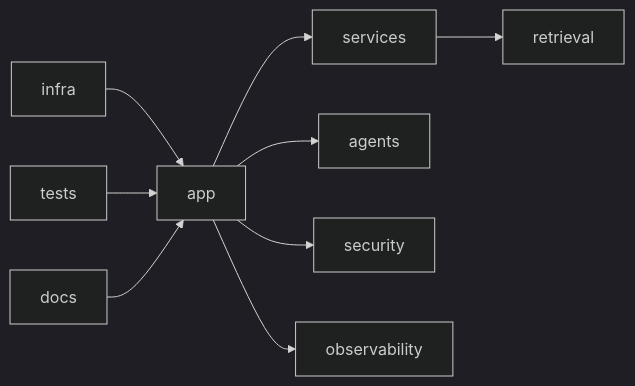
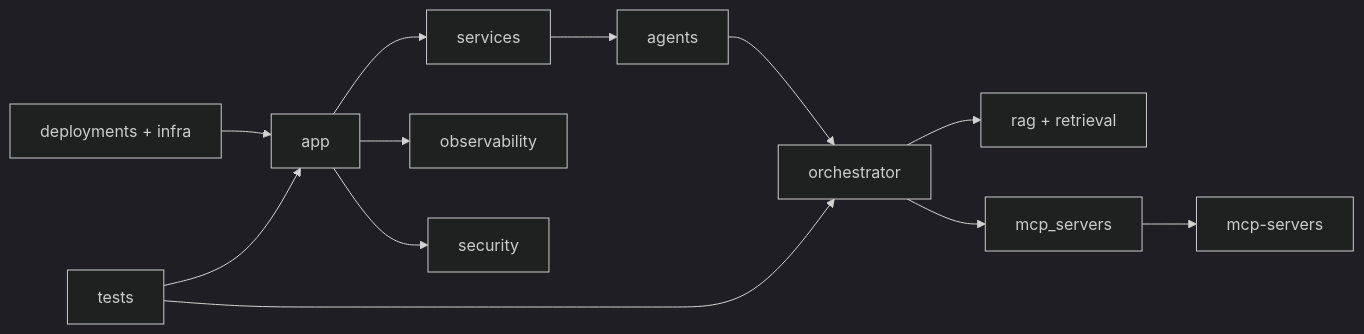
One commit to GreecyInfotech/SingleAgent changed the fifth of 5 diagrams in docs/uml-artifacts.md. Above: the diagram before and after it, drawn with Mermaid (dark theme). The commit also changed other lines of this file and 20 other files, not shown here.

First line of the commit message:
Optimize MCP architecture, caching, and test reliability.

````diff
--- a/docs/uml-artifacts.md
+++ b/docs/uml-artifacts.md
@@ -98,21 +143,25 @@
 ```mermaid
 flowchart LR
     APP[app]
     SERVICES[services]
     AGENTS[agents]
-    RETRIEVAL[retrieval]
-    SECURITY[security]
+    ORCH[orchestrator]
+    RAG[rag + retrieval]
+    MCPH[mcp_servers]
+    MCPI[mcp-servers]
     OBS[observability]
-    INFRA[infra]
-    TESTS[tests]
-    DOCS[docs]
+    SEC[security]
+    DEP[deployments + infra]
+    TEST[tests]
 
+    APP --> SEC
     APP --> SERVICES
-    APP --> AGENTS
-    APP --> SECURITY
-    SERVICES --> RETRIEVAL
+    SERVICES --> AGENTS
+    AGENTS --> ORCH
+    ORCH --> RAG
+    ORCH --> MCPH --> MCPI
     APP --> OBS
-    INFRA --> APP
-    TESTS --> APP
-    DOCS --> APP
+    DEP --> APP
+    TEST --> APP
+    TEST --> ORCH
 ```
````
